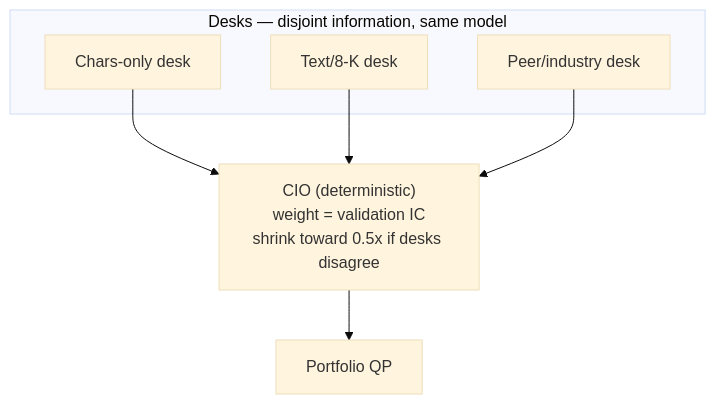
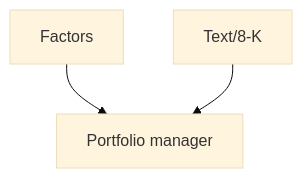
Before and after one commit to nathan-au/fiam-2026-factors: the third of 11 diagrams in docs/AGENTIC.md, drawn with Mermaid (base theme). The commit also changed other lines of this file, not shown here.

Commit message:
Update agent architectures

````diff
--- a/docs/AGENTIC.md
+++ b/docs/AGENTIC.md
@@ -20,10 +40,6 @@
 ```mermaid
 flowchart TD
-    subgraph Desks["Desks — disjoint information, same model"]
-        D1["Chars-only desk"]
-        D2["Text/8-K desk"]
-        D3["Peer/industry desk"]
-    end
-    D1 & D2 & D3 --> AGG["CIO (deterministic)<br/>weight = validation IC<br/>shrink toward 0.5x if desks disagree"]
-    AGG --> QP["Portfolio QP"]
+    D1["Factors"]
+    D2["Text/8-K"]
+    D1 & D2 --> PM["Portfolio manager"]
 ```
````
